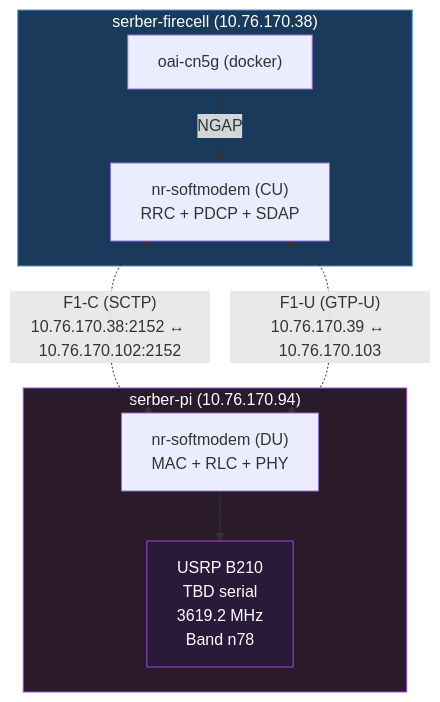
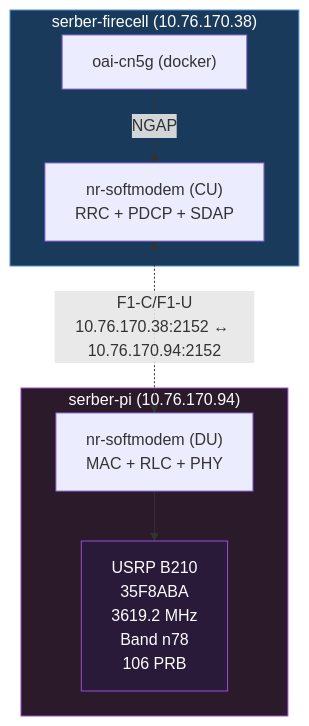
One commit to promaaa/cu-du changed the diagram in README.md. Above: the diagram before and after it, drawn with Mermaid. The commit also changed other lines of this file and 32 other files, not shown here.

````diff
--- a/README.md
+++ b/README.md
@@ -38,21 +14,20 @@
 ```mermaid
 flowchart TB
     subgraph CN["serber-firecell (10.76.170.38)"]
         CN_container["oai-cn5g (docker)"]
         CU["nr-softmodem (CU)<br/>RRC + PDCP + SDAP"]
         CN_container -->|"NGAP"| CU
     end
 
     subgraph PI["serber-pi (10.76.170.94)"]
         PI_process["nr-softmodem (DU)<br/>MAC + RLC + PHY"]
-        USRP_PI["USRP B210<br/>TBD serial<br/>3619.2 MHz<br/>Band n78"]
+        USRP_PI["USRP B210<br/>35F8ABA<br/>3619.2 MHz<br/>Band n78<br/>106 PRB"]
         PI_process --> USRP_PI
     end
 
-    CU <-.->|"F1-C (SCTP)<br/>10.76.170.38:2152 ↔ 10.76.170.102:2152"| PI_process
-    CU <-.->|"F1-U (GTP-U)<br/>10.76.170.39 ↔ 10.76.170.103"| PI_process
+    CU <-.->|"F1-C/F1-U<br/>10.76.170.38:2152 ↔ 10.76.170.94:2152"| PI_process
 
     style CN fill:#1a3a5c,stroke:#4a90d9,color:#fff
     style PI fill:#2a1a2a,stroke:#a04ad9,color:#fff
     style USRP_PI fill:#2a1a3a,stroke:#a04ad9,color:#fff
 ```
````
